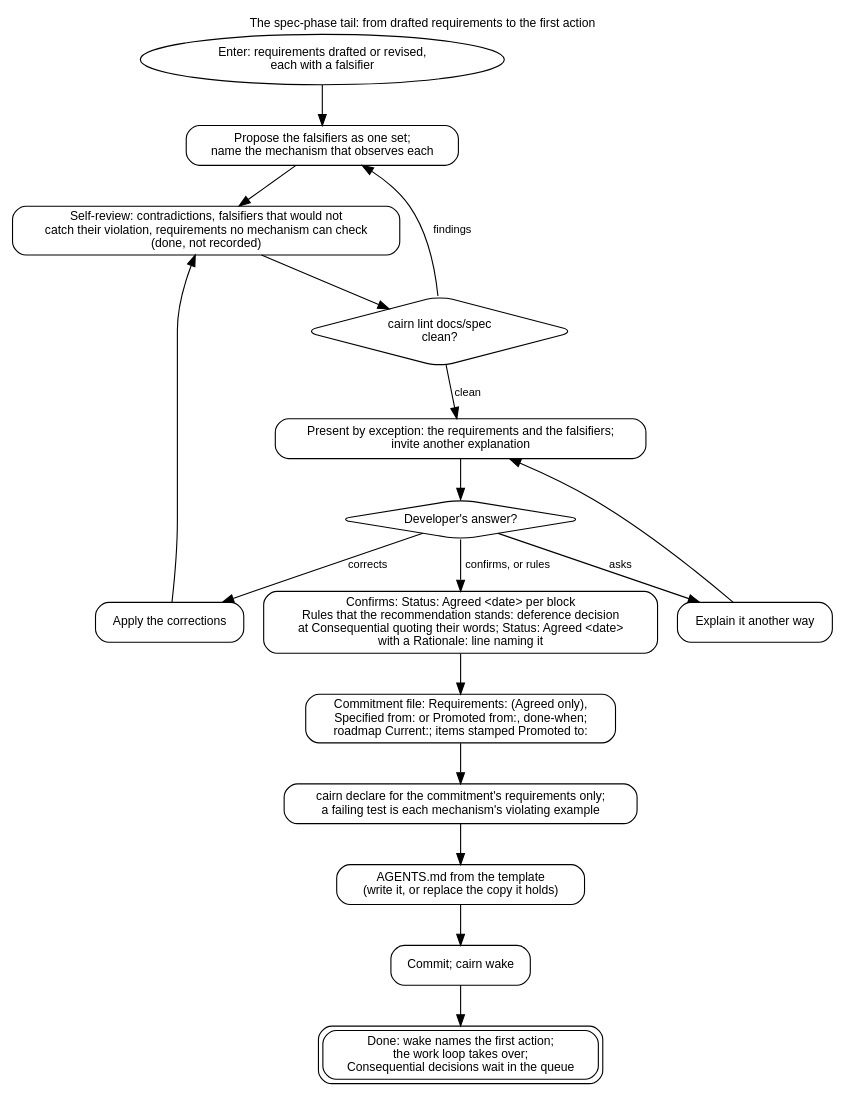
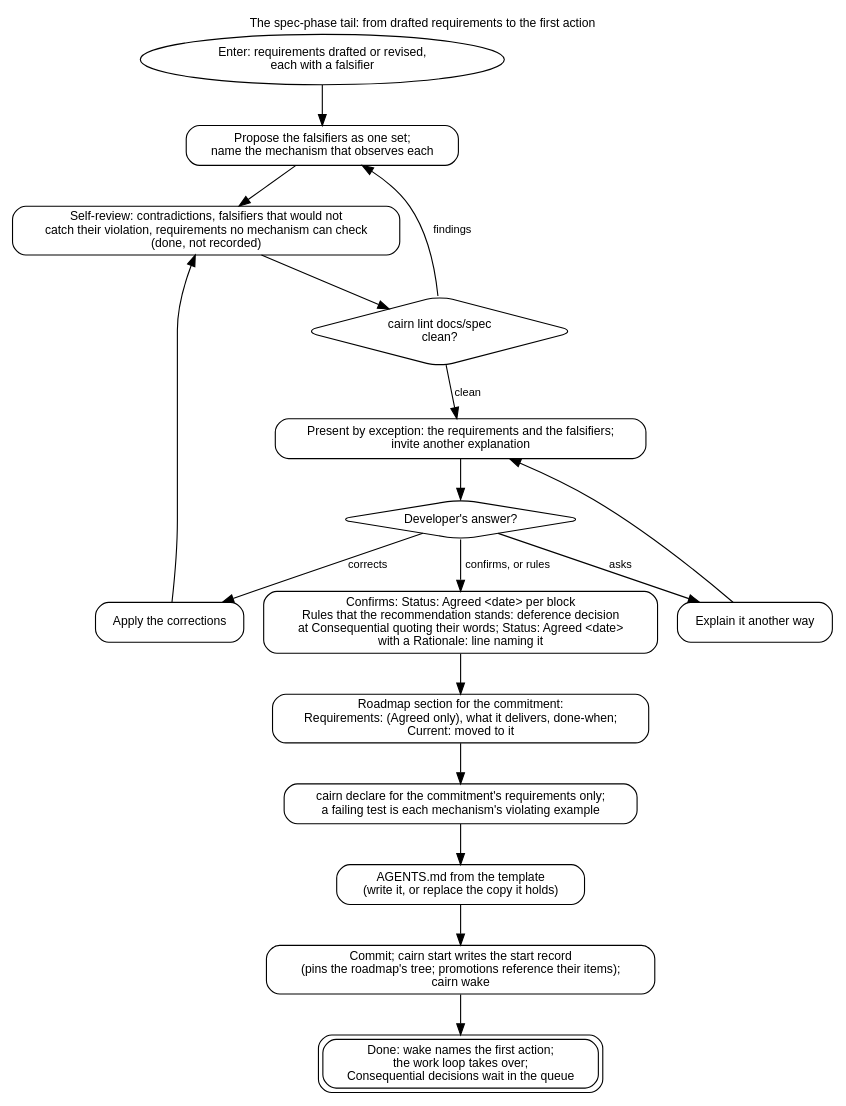
Before and after one commit to eas4ai/cairn: the diagram in docs/diagrams/spec-phase.dot, drawn with Graphviz. The commit also changed 6 other files, not shown here.

```diff
--- a/docs/diagrams/spec-phase.dot
+++ b/docs/diagrams/spec-phase.dot
@@ -1,33 +1,33 @@
 // The spec-phase tail: shared by new-project, existing-project and next-feature. Defined once.
 digraph spec_phase {
   rankdir=TB;
   graph [fontname="Helvetica", fontsize=11, labelloc=t, label="The spec-phase tail: from drafted requirements to the first action"];
   node  [shape=box, style=rounded, fontname="Helvetica", fontsize=11];
   edge  [fontname="Helvetica", fontsize=10];
 
   start [shape=oval, label="Enter: requirements drafted or revised,\neach with a falsifier"];
   falsifiers [label="Propose the falsifiers as one set;\nname the mechanism that observes each"];
   review [label="Self-review: contradictions, falsifiers that would not\ncatch their violation, requirements no mechanism can check\n(done, not recorded)"];
   lint [shape=diamond, label="cairn lint docs/spec\nclean?"];
   present [label="Present by exception: the requirements and the falsifiers;\ninvite another explanation"];
   outcome [shape=diamond, label="Developer's answer?"];
   explain [label="Explain it another way"];
   correct [label="Apply the corrections"];
   agreed [label="Confirms: Status: Agreed <date> per block\nRules that the recommendation stands: deference decision\nat Consequential quoting their words; Status: Agreed <date>\nwith a Rationale: line naming it"];
-  commitment [label="Commitment file: Requirements: (Agreed only),\nSpecified from: or Promoted from:, done-when;\nroadmap Current:; items stamped Promoted to:"];
+  commitment [label="Roadmap section for the commitment:\nRequirements: (Agreed only), what it delivers, done-when;\nCurrent: moved to it"];
   declare [label="cairn declare for the commitment's requirements only;\na failing test is each mechanism's violating example"];
   agreement [label="AGENTS.md from the template\n(write it, or replace the copy it holds)"];
-  commit [label="Commit; cairn wake"];
+  commit [label="Commit; cairn start writes the start record\n(pins the roadmap's tree; promotions reference their items);\ncairn wake"];
   done [shape=box, peripheries=2, label="Done: wake names the first action;\nthe work loop takes over;\nConsequential decisions wait in the queue"];
 
   start -> falsifiers -> review -> lint;
   lint -> falsifiers [label="findings"];
   lint -> present [label="clean"];
   present -> outcome;
   outcome -> explain [label="asks"];
   explain -> present;
   outcome -> correct [label="corrects"];
   correct -> review;
   outcome -> agreed [label="confirms, or rules"];
   agreed -> commitment -> declare -> agreement -> commit -> done;
 }
```
